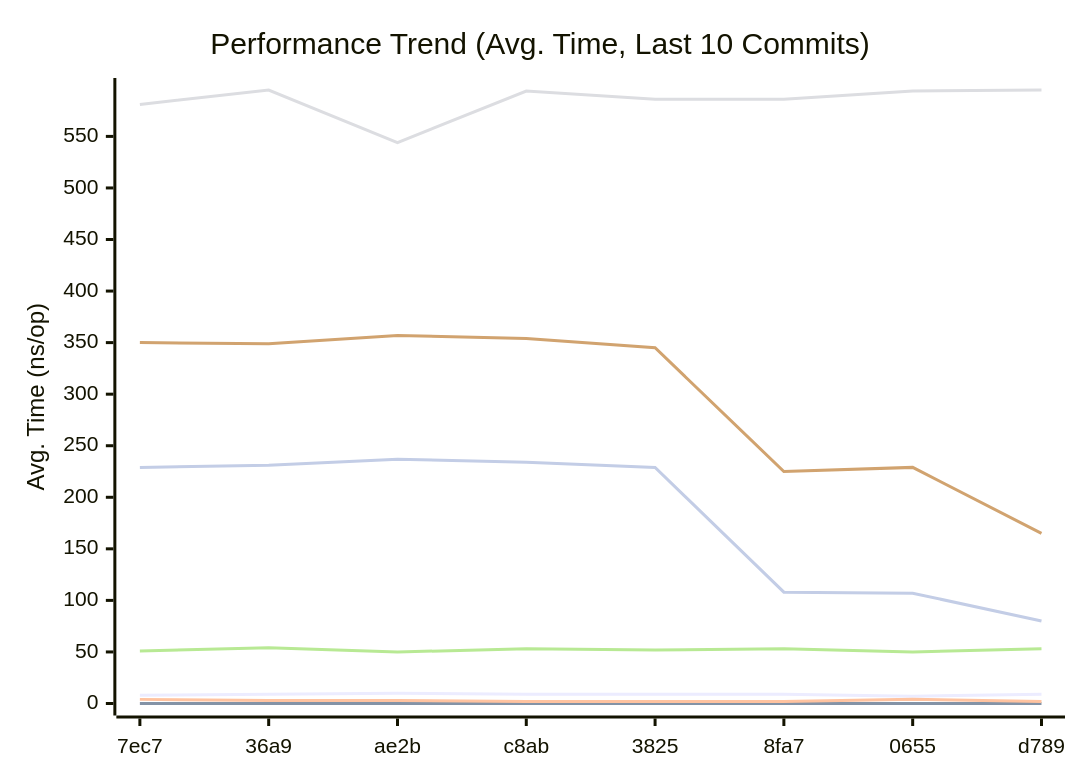
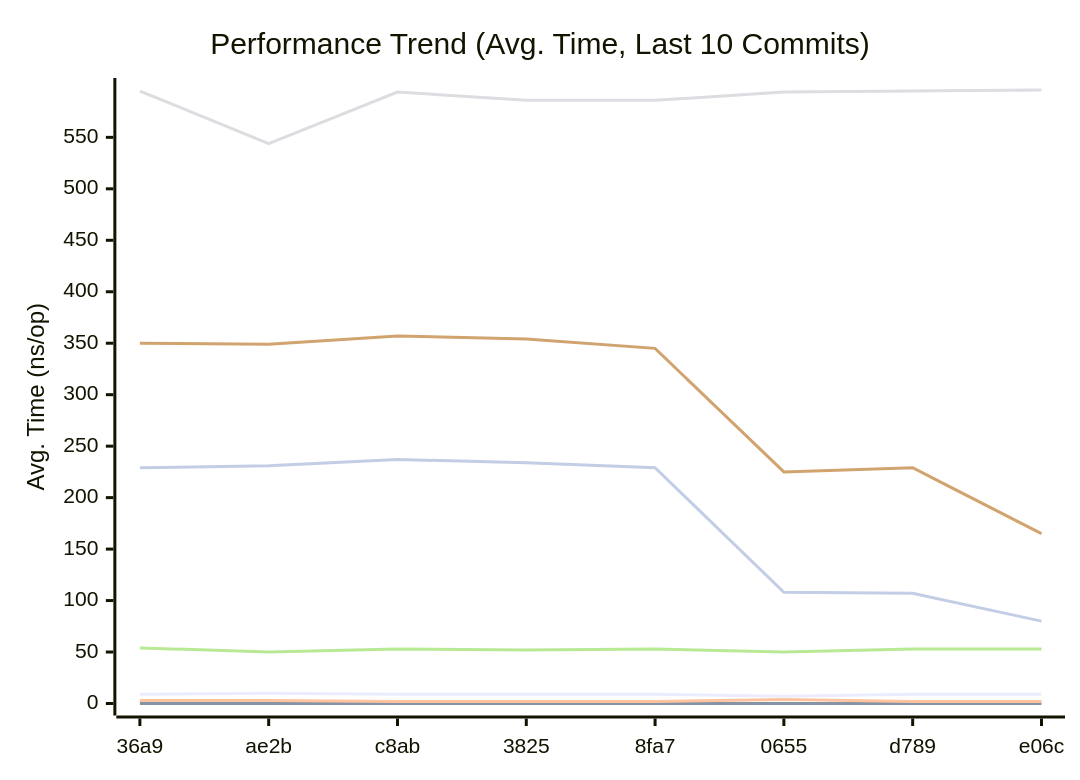
One commit to alsotoes/momo changed the first of 3 diagrams in docs/README.md. Above: the diagram before and after it, drawn with Mermaid. The commit also changed other lines of this file and 1 other file, not shown here.

````diff
--- a/docs/README.md
+++ b/docs/README.md
@@ -303,14 +303,14 @@
 ```mermaid
 xychart-beta
     title "Performance Trend (Avg. Time, Last 10 Commits)"
     x-axis "Commit"
     y-axis "Avg. Time (ns/op)"
-    x-axis [7ec7,36a9,ae2b,c8ab,3825,8fa7,0655,d789]
-    line "CheckMetricsAndSwap" [8,9,10,9,9,9,7,9,9,9]
+    x-axis [36a9,ae2b,c8ab,3825,8fa7,0655,d789,e06c]
+    line "CheckMetricsAndSwap" [9,10,9,9,9,7,9,9,9,9]
     line "IndexDirectTracking" [0,0,0,0,0,0,0,0,0,0]
-    line "IndexSearch" [4,3,3,2,2,2,4,2,2,3]
-    line "LoadGlobalConfig" [581,595,544,594,586,586,594,595,596,546]
-    line "PadString" [51,54,50,53,52,53,50,53,53,52]
+    line "IndexSearch" [3,3,2,2,2,4,2,2,3,3]
+    line "LoadGlobalConfig" [595,544,594,586,586,594,595,596,546,551]
+    line "PadString" [54,50,53,52,53,50,53,53,52,51]
     line "ParseReplicationOrder_NoPrealloc" [350,349,357,354,345,225,229,165,232,234]
     line "ParseReplicationOrder_Prealloc" [229,231,237,234,229,108,107,80,110,109]
 ```
````
